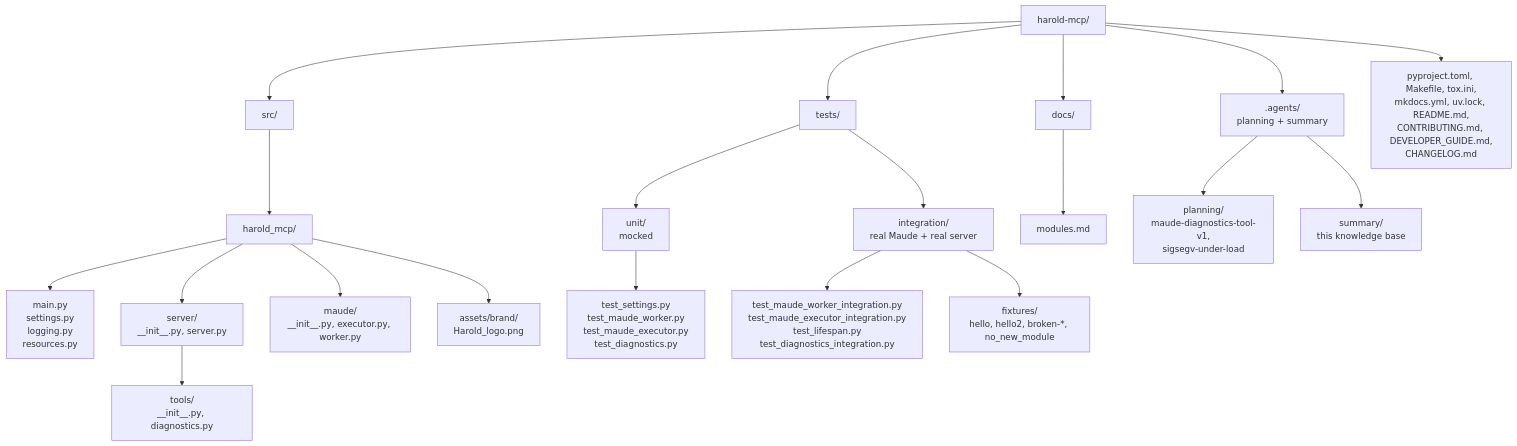
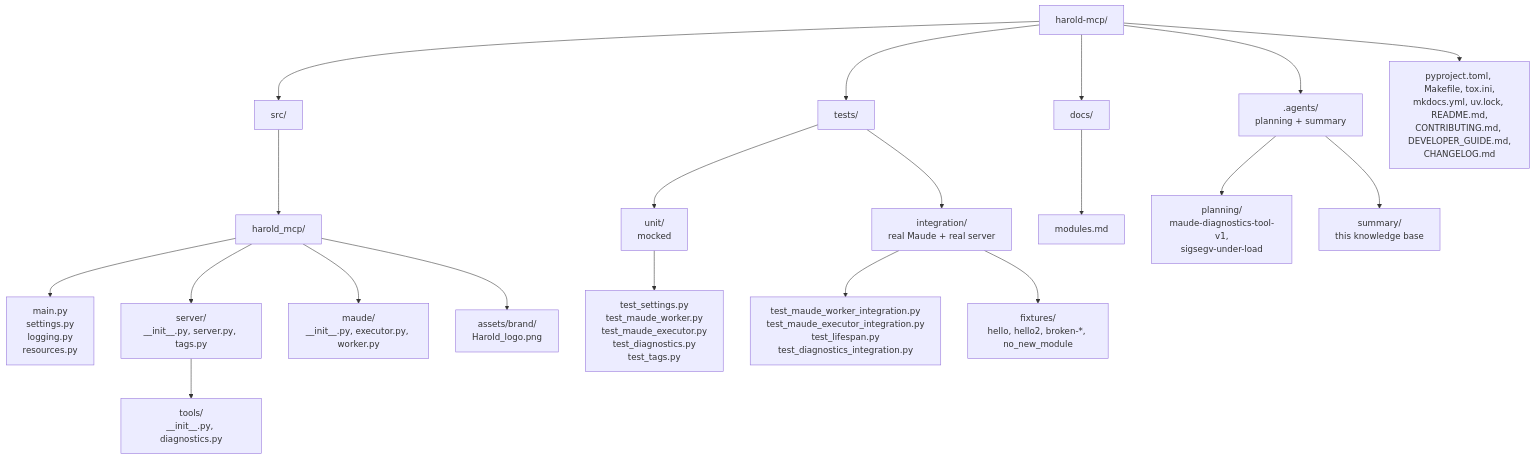
Before and after one commit to demiourgoi/Harold: the second of 2 diagrams in harold-mcp/.agents/summary/architecture.md, drawn with Mermaid. The commit also changed other lines of this file and 7 other files, not shown here.

````diff
--- a/harold-mcp/.agents/summary/architecture.md
+++ b/harold-mcp/.agents/summary/architecture.md
@@ -83,21 +92,21 @@
 ```mermaid
 graph TB
     root[harold-mcp/] --> src
     root --> tests
     root --> docs
     root --> agents[.agents/<br>planning + summary]
     src[src/] --> pkg[harold_mcp/]
     pkg --> flat[main.py<br>settings.py<br>logging.py<br>resources.py]
-    pkg --> serverpkg[server/<br>__init__.py, server.py]
+    pkg --> serverpkg[server/<br>__init__.py, server.py, tags.py]
     serverpkg --> tools[tools/<br>__init__.py, diagnostics.py]
     pkg --> maudepkg[maude/<br>__init__.py, executor.py, worker.py]
     pkg --> assets[assets/brand/<br>Harold_logo.png]
-    tests[tests/] --> unit[unit/<br>mocked] --> u[test_settings.py<br>test_maude_worker.py<br>test_maude_executor.py<br>test_diagnostics.py]
+    tests[tests/] --> unit[unit/<br>mocked] --> u[test_settings.py<br>test_maude_worker.py<br>test_maude_executor.py<br>test_diagnostics.py<br>test_tags.py]
     tests --> integration[integration/<br>real Maude + real server]
     integration --> i[test_maude_worker_integration.py<br>test_maude_executor_integration.py<br>test_lifespan.py<br>test_diagnostics_integration.py]
     integration --> fixtures[fixtures/<br>hello, hello2, broken-*, no_new_module]
     docs[docs/] --> dmodules[modules.md]
     agents --> planning[planning/<br>maude-diagnostics-tool-v1,<br>sigsegv-under-load]
     agents --> summary[summary/<br>this knowledge base]
     root --> cfg[pyproject.toml, Makefile, tox.ini,<br>mkdocs.yml, uv.lock, README.md,<br>CONTRIBUTING.md, DEVELOPER_GUIDE.md,<br>CHANGELOG.md]
 ```
````
